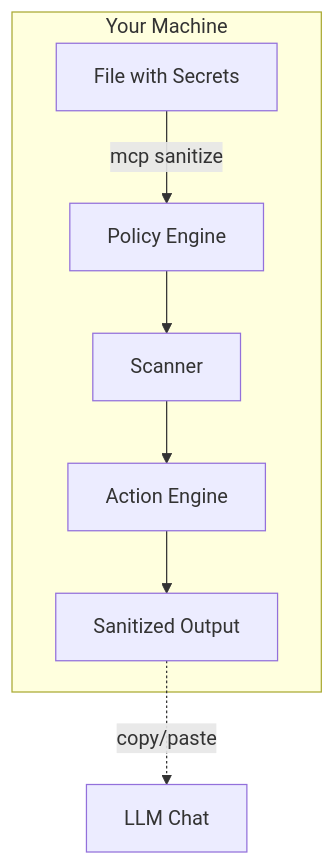
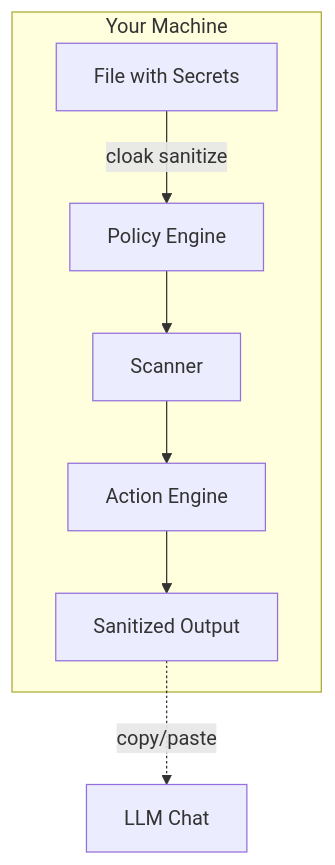
One commit to ovitrac/CloakMCP changed the fifth of 6 diagrams in README.md. Above: the diagram before and after it, drawn with Mermaid. The commit also changed other lines of this file and 25 other files, not shown here.

````diff
--- a/README.md
+++ b/README.md
@@ -236,11 +236,11 @@
 ```mermaid
 graph TB
     subgraph "Your Machine"
-        A[File with Secrets] -->|mcp sanitize| B[Policy Engine]
+        A[File with Secrets] -->|cloak sanitize| B[Policy Engine]
         B --> C[Scanner]
         C --> D[Action Engine]
         D --> E[Sanitized Output]
     end
 
     E -.copy/paste.-> F[LLM Chat]
 ```
````
